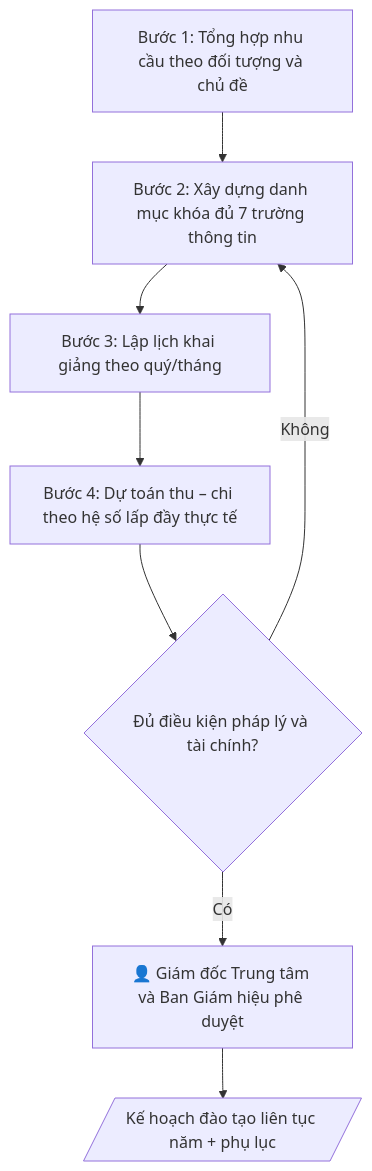
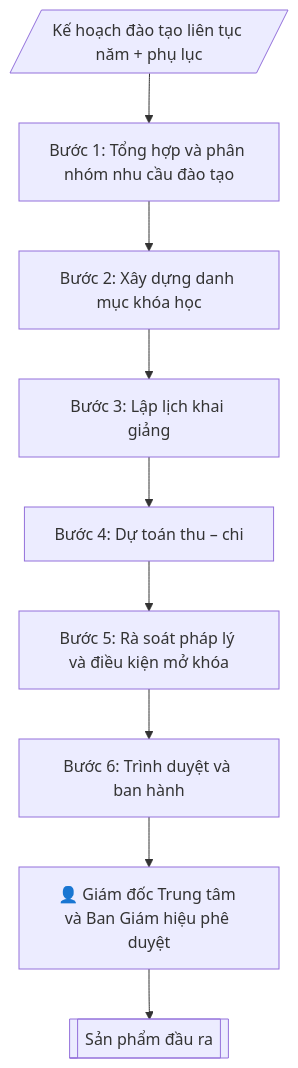
The diagram in skills/ke-hoach-dao-tao-lien-tuc/SKILL.md (phamtruong91/dh-skills), drawn with Mermaid before and after one commit. The commit also changed 124 other files, not shown here.

First line of the commit message:
Khôi phục quy trình đầy đủ cho 58 skill bị rút gọn (nghiệp vụ gốc + ràng buộc pháp lý từ phap-ly.md)

````diff
--- a/skills/ke-hoach-dao-tao-lien-tuc/SKILL.md
+++ b/skills/ke-hoach-dao-tao-lien-tuc/SKILL.md
@@ -83,13 +83,11 @@
 ```mermaid
 flowchart TD
-    A["Bước 1: Tổng hợp nhu cầu theo đối tượng và chủ đề"]
-    B["Bước 2: Xây dựng danh mục khóa đủ 7 trường thông tin"]
-    C["Bước 3: Lập lịch khai giảng theo quý/tháng"]
-    D["Bước 4: Dự toán thu – chi theo hệ số lấp đầy thực tế"]
-    E{"Đủ điều kiện pháp lý và tài chính?"}
-    HG["👤 Giám đốc Trung tâm và Ban Giám hiệu phê duyệt"]
-    O[/"Kế hoạch đào tạo liên tục năm + phụ lục"/]
-    A --> B --> C --> D --> E
-    E -->|Không| B
-    E -->|Có| HG --> O
+    IN[/"Kế hoạch đào tạo liên tục năm + phụ lục"/] --> B1["Bước 1: Tổng hợp và phân nhóm nhu cầu đào tạo"]
+    B1 --> B2["Bước 2: Xây dựng danh mục khóa học"]
+    B2 --> B3["Bước 3: Lập lịch khai giảng"]
+    B3 --> B4["Bước 4: Dự toán thu – chi"]
+    B4 --> B5["Bước 5: Rà soát pháp lý và điều kiện mở khóa"]
+    B5 --> B6["Bước 6: Trình duyệt và ban hành"]
+    B6 --> HG["👤 Giám đốc Trung tâm và Ban Giám hiệu phê duyệt"]
+    HG --> OUT[["Sản phẩm đầu ra"]]
 ```
````
